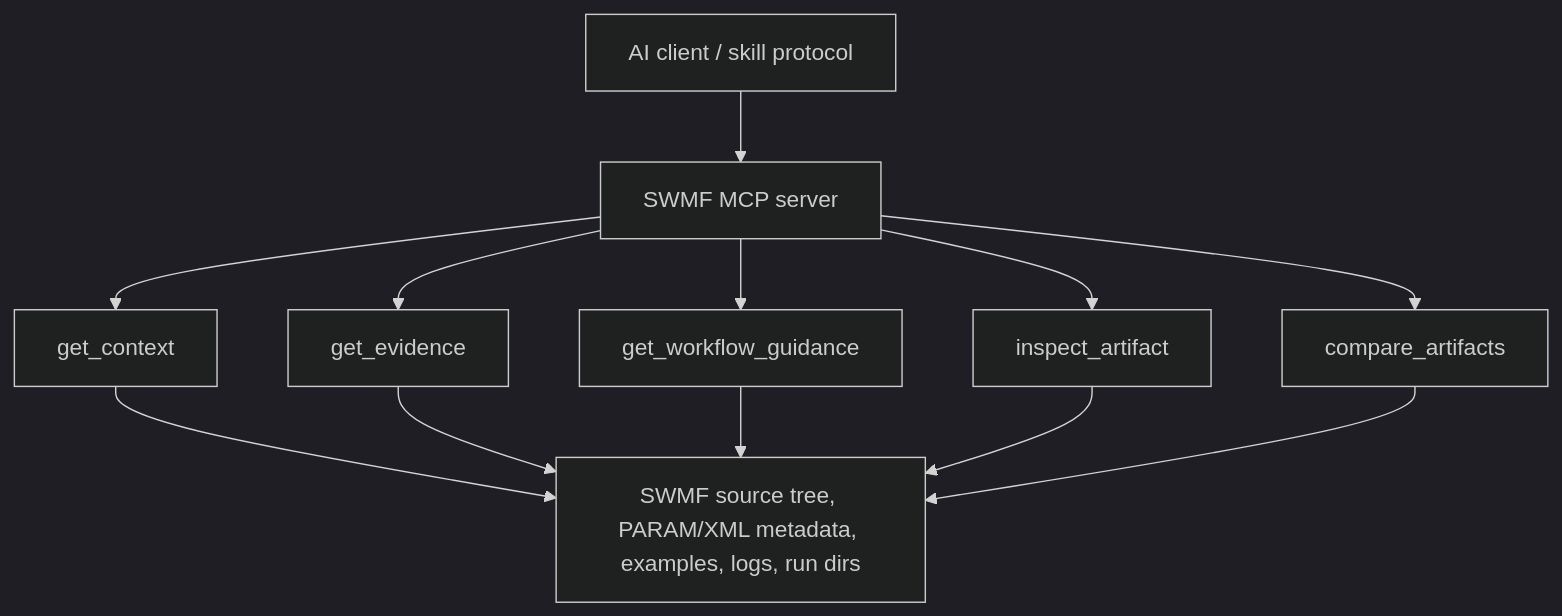
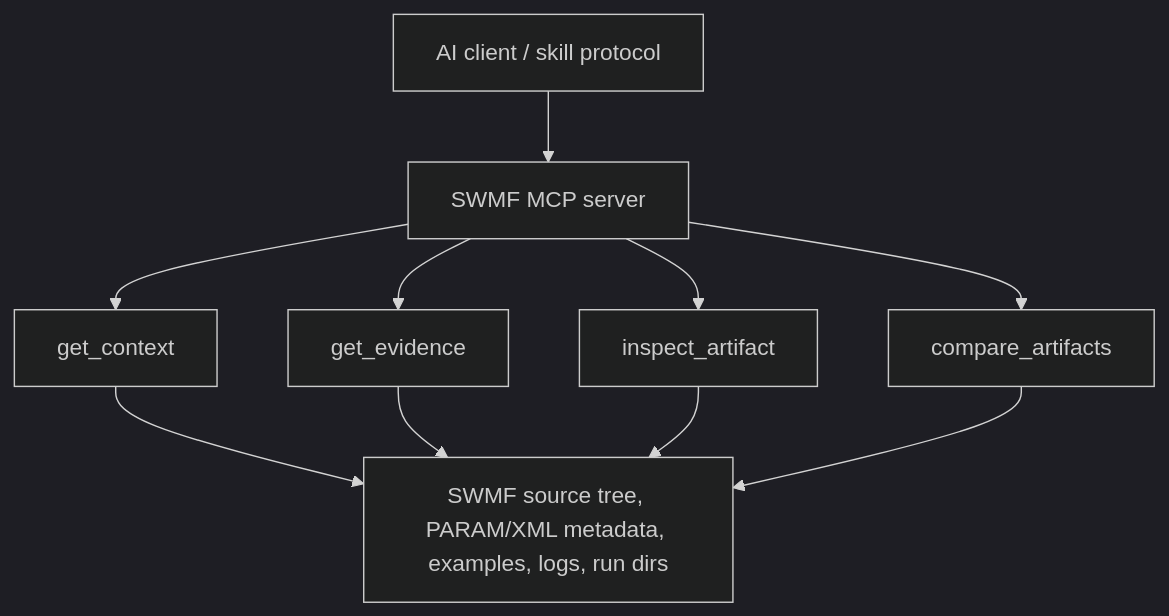
The diagram in README.md (KehengZhu/SWMF-MCP-Server), drawn with Mermaid (dark theme) before and after one commit. The commit also changed other lines of this file and 68 other files, not shown here.

````diff
--- a/README.md
+++ b/README.md
@@ -19,15 +7,13 @@
 ```mermaid
 flowchart TD
     CLIENT["AI client / skill protocol"] --> MCP["SWMF MCP server"]
     MCP --> T1["get_context"]
     MCP --> T2["get_evidence"]
-    MCP --> T3["get_workflow_guidance"]
-    MCP --> T4["inspect_artifact"]
-    MCP --> T5["compare_artifacts"]
+    MCP --> T3["inspect_artifact"]
+    MCP --> T4["compare_artifacts"]
 
     T1 --> BACKEND["SWMF source tree, PARAM/XML metadata, examples, logs, run dirs"]
     T2 --> BACKEND
     T3 --> BACKEND
     T4 --> BACKEND
-    T5 --> BACKEND
 ```
````
